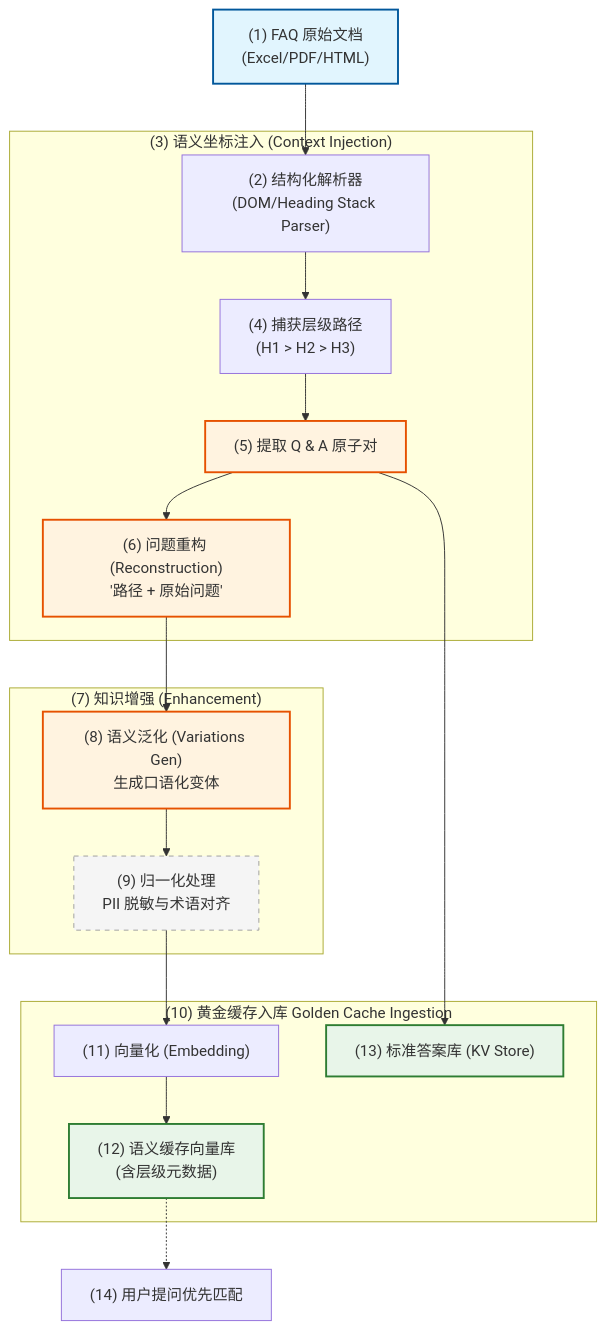
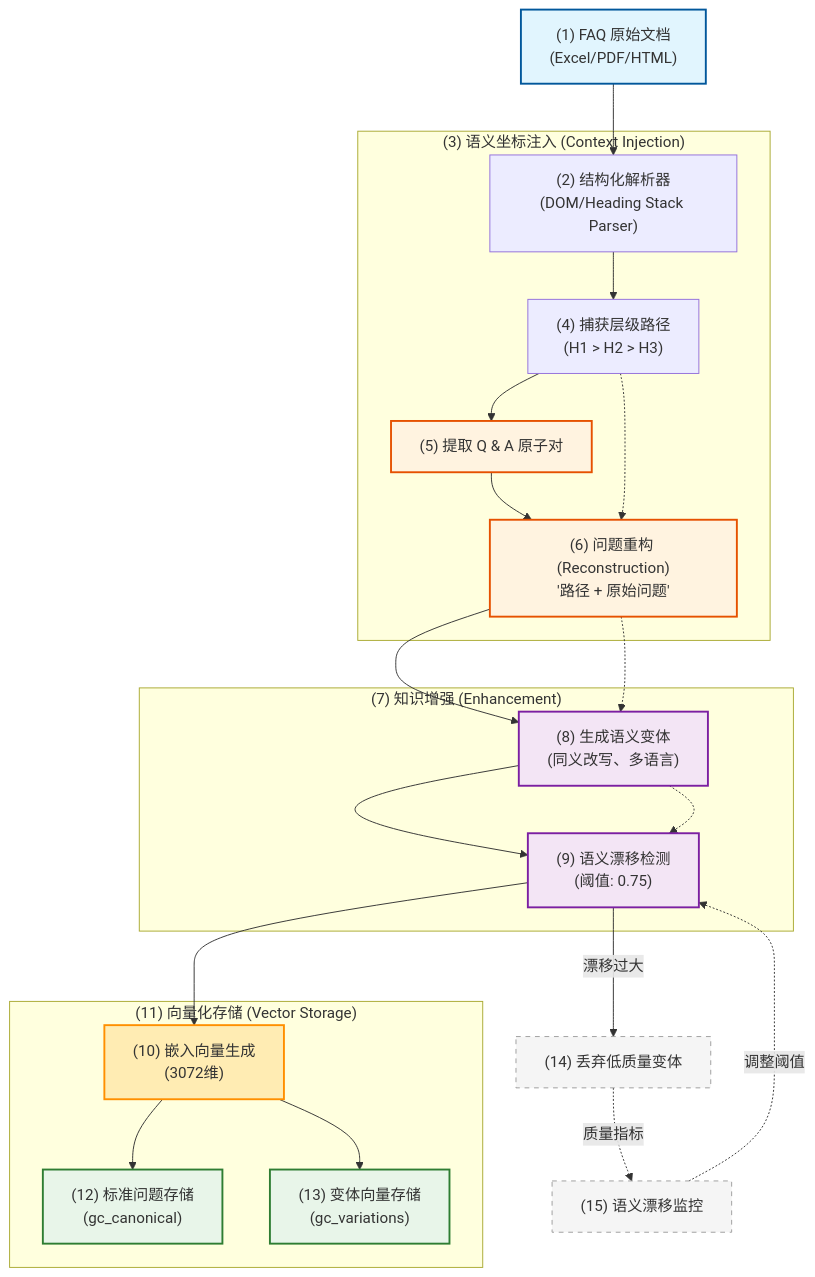
Before and after one commit to cute-spring/opencode-notes: the first of 13 diagrams in docs/arch/faq-proactive-extraction-and-golden-cache.md, drawn with Mermaid. The commit also changed other lines of this file and 1 other file, not shown here.

````diff
--- a/docs/arch/faq-proactive-extraction-and-golden-cache.md
+++ b/docs/arch/faq-proactive-extraction-and-golden-cache.md
@@ -34,29 +127,43 @@
 ```mermaid
 flowchart TD
     %% 样式定义
     classDef source fill:#e1f5fe,stroke:#01579b,stroke-width:2px;
     classDef extract fill:#fff3e0,stroke:#e65100,stroke-width:2px;
     classDef normalize fill:#f5f5f5,stroke:#9e9e9e,stroke-dasharray: 5 5;
     classDef storage fill:#e8f5e9,stroke:#2e7d32,stroke-width:2px;
+    classDef enhance fill:#f3e5f5,stroke:#7b1fa2,stroke-width:2px;
+    classDef vector fill:#ffecb3,stroke:#ff8f00,stroke-width:2px;
 
     Docs["(1) FAQ 原始文档<br/>(Excel/PDF/HTML)"]:::source --> Parser["(2) 结构化解析器<br/>(DOM/Heading Stack Parser)"]
     
     subgraph Context_Inject ["(3) 语义坐标注入 (Context Injection)"]
         Parser --> Path["(4) 捕获层级路径<br/>(H1 > H2 > H3)"]
         Path --> QA_Pairs["(5) 提取 Q & A 原子对"]:::extract
         QA_Pairs --> Combine["(6) 问题重构 (Reconstruction)<br/>'路径 + 原始问题'"]:::extract
     end
 
     subgraph Processing ["(7) 知识增强 (Enhancement)"]
-        Combine --> Gen["(8) 语义泛化 (Variations Gen)<br/>生成口语化变体"]:::extract
-        Gen --> Canonical["(9) 归一化处理<br/>PII 脱敏与术语对齐"]:::normalize
+        Combine --> Variation["(8) 生成语义变体<br/>(同义改写、多语言)"]:::enhance
+        Variation --> Validate["(9) 语义漂移检测<br/>(阈值: 0.75)"]:::enhance
+    end
+    
+    Validate --> Embed["(10) 嵌入向量生成<br/>(3072维)"]:::vector
+    
+    subgraph Storage ["(11) 向量化存储 (Vector Storage)"]
+        Embed --> CanonicalDB["(12) 标准问题存储<br/>(gc_canonical)"]:::storage
+        Embed --> VariationDB["(13) 变体向量存储<br/>(gc_variations)"]:::storage
     end
 
-    subgraph Storage ["(10) 黄金缓存入库 Golden Cache Ingestion"]
-        Canonical --> Emb["(11) 向量化 (Embedding)"]
-        Emb --> VectorDB["(12) 语义缓存向量库<br/>(含层级元数据)"]:::storage
-        QA_Pairs --> AnswerStore["(13) 标准答案库 (KV Store)"]:::storage
-    end
+    %% 元数据流
+    Path -.-> Combine
+    Combine -.-> Variation
+    Variation -.-> Validate
+    
+    %% 质量控制
+    Validate -->|"漂移过大"| Discard["(14) 丢弃低质量变体"]:::normalize
+    
+    %% 监控反馈环
+    Discard -.->|"质量指标"| Monitor["(15) 语义漂移监控"]:::normalize
+    Monitor -.->|"调整阈值"| Validate
 
-    VectorDB -.-> Hit["(14) 用户提问优先匹配"]
 ```
````
